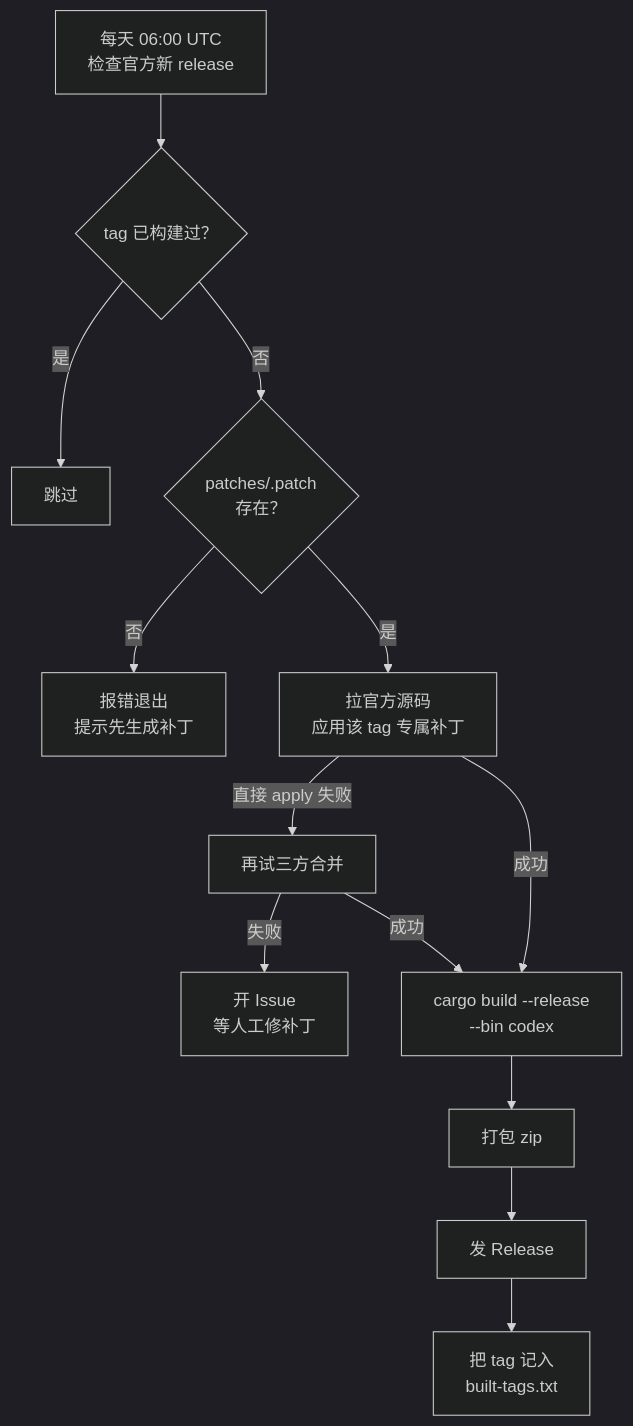
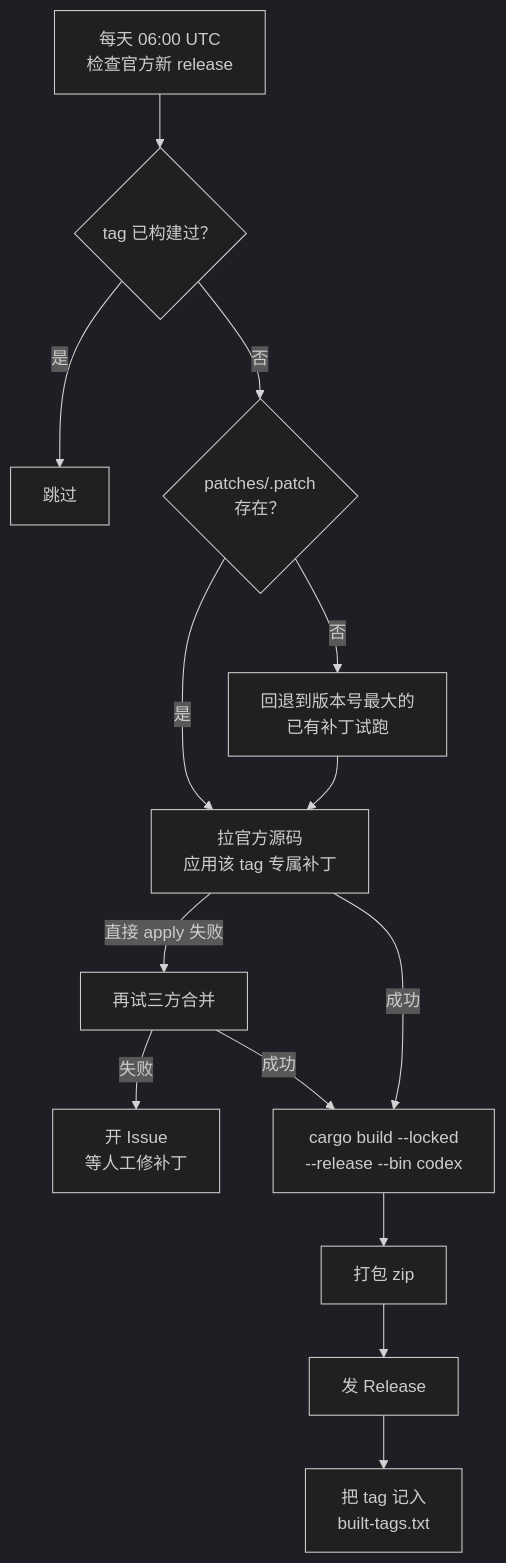
One commit to owwkmidream/codex changed the diagram in CODEX-BUILD.md. Above: the diagram before and after it, drawn with Mermaid (dark theme). The commit also changed other lines of this file and 6 other files, not shown here.

````diff
--- a/CODEX-BUILD.md
+++ b/CODEX-BUILD.md
@@ -60,15 +60,16 @@
 ```mermaid
 flowchart TB
   C["每天 06:00 UTC<br/>检查官方新 release"] --> N{"tag 已构建过？"}
   N -->|是| S["跳过"]
   N -->|否| K{"patches/<tag>.patch<br/>存在？"}
-  K -->|否| E["报错退出<br/>提示先生成补丁"]
   K -->|是| P["拉官方源码<br/>应用该 tag 专属补丁"]
+  K -->|否| F["回退到版本号最大的<br/>已有补丁试跑"]
+  F --> P
   P -->|"直接 apply 失败"| T["再试三方合并"]
   T -->|失败| I["开 Issue<br/>等人工修补丁"]
-  P -->|成功| B["cargo build --release<br/>--bin codex"]
+  P -->|成功| B["cargo build --locked<br/>--release --bin codex"]
   T -->|成功| B
   B --> Z["打包 zip"]
   Z --> R["发 Release"]
   R --> M["把 tag 记入<br/>built-tags.txt"]
 ```
````
